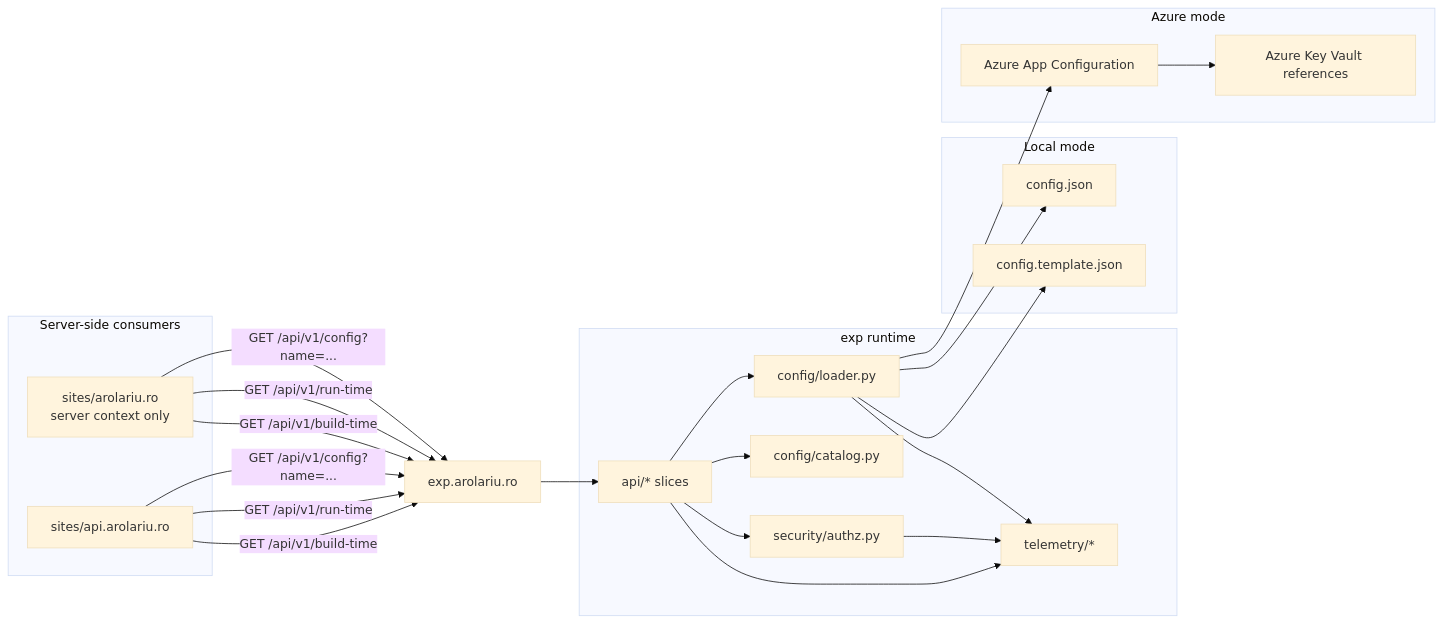
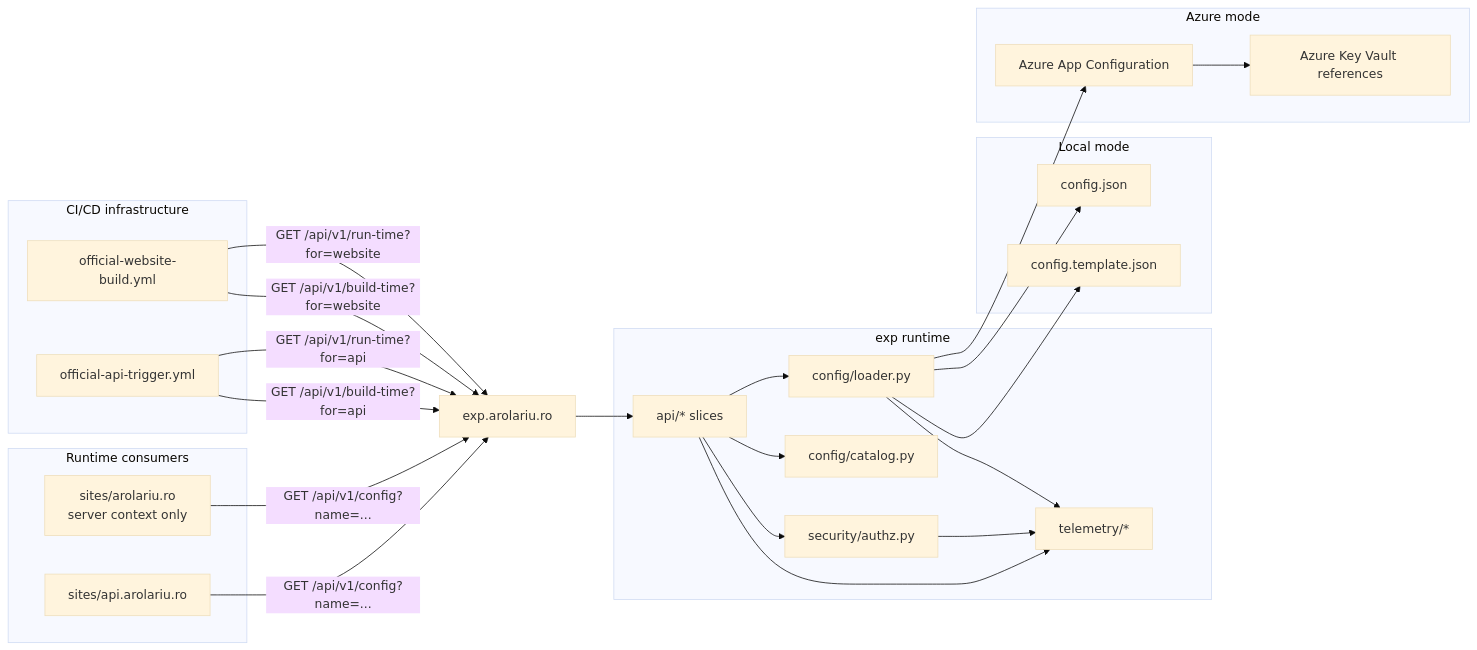
The first of 5 diagrams in sites/exp.arolariu.ro/README.md (arolariu/arolariu.ro), drawn with Mermaid (base theme) before and after one commit. The commit also changed other lines of this file, not shown here.

First line of the commit message:
docs(exp): update README with endpoint access patterns and fix stale key names

````diff
--- a/sites/exp.arolariu.ro/README.md
+++ b/sites/exp.arolariu.ro/README.md
@@ -28,45 +28,50 @@
 ```mermaid
 flowchart LR
-    subgraph Consumers[Server-side consumers]
+    subgraph RuntimeConsumers[Runtime consumers]
         API[sites/api.arolariu.ro]
         WEBSITE[sites/arolariu.ro<br/>server context only]
     end
 
-    API -->|GET /api/v1/build-time| EXP[exp.arolariu.ro]
-    API -->|GET /api/v1/run-time| EXP
-    API -->|GET /api/v1/config?name=...| EXP
-    WEBSITE -->|GET /api/v1/build-time| EXP
-    WEBSITE -->|GET /api/v1/run-time| EXP
+    subgraph InfraConsumers[CI/CD infrastructure]
+        CICD_API[official-api-trigger.yml]
+        CICD_WEB[official-website-build.yml]
+    end
+
+    API -->|GET /api/v1/config?name=...| EXP[exp.arolariu.ro]
     WEBSITE -->|GET /api/v1/config?name=...| EXP
+    CICD_API -->|GET /api/v1/build-time?for=api| EXP
+    CICD_API -->|GET /api/v1/run-time?for=api| EXP
+    CICD_WEB -->|GET /api/v1/build-time?for=website| EXP
+    CICD_WEB -->|GET /api/v1/run-time?for=website| EXP
 
     subgraph ExpRuntime[exp runtime]
         ROUTERS[api/* slices]
         AUTH[security/authz.py]
         CATALOG[config/catalog.py]
         LOADER[config/loader.py]
         TELEMETRY[telemetry/*]
     end
 
     EXP --> ROUTERS
     ROUTERS --> AUTH
     ROUTERS --> CATALOG
     ROUTERS --> LOADER
     ROUTERS --> TELEMETRY
     AUTH --> TELEMETRY
     LOADER --> TELEMETRY
 
     subgraph LocalSources[Local mode]
         LOCAL_JSON[config.json]
         TEMPLATE_JSON[config.template.json]
     end
 
     subgraph AzureSources[Azure mode]
         APP_CONFIG[Azure App Configuration]
         KEY_VAULT[Azure Key Vault references]
     end
 
     LOADER --> LOCAL_JSON
     LOADER --> TEMPLATE_JSON
     LOADER --> APP_CONFIG
     APP_CONFIG --> KEY_VAULT
 ```
````
